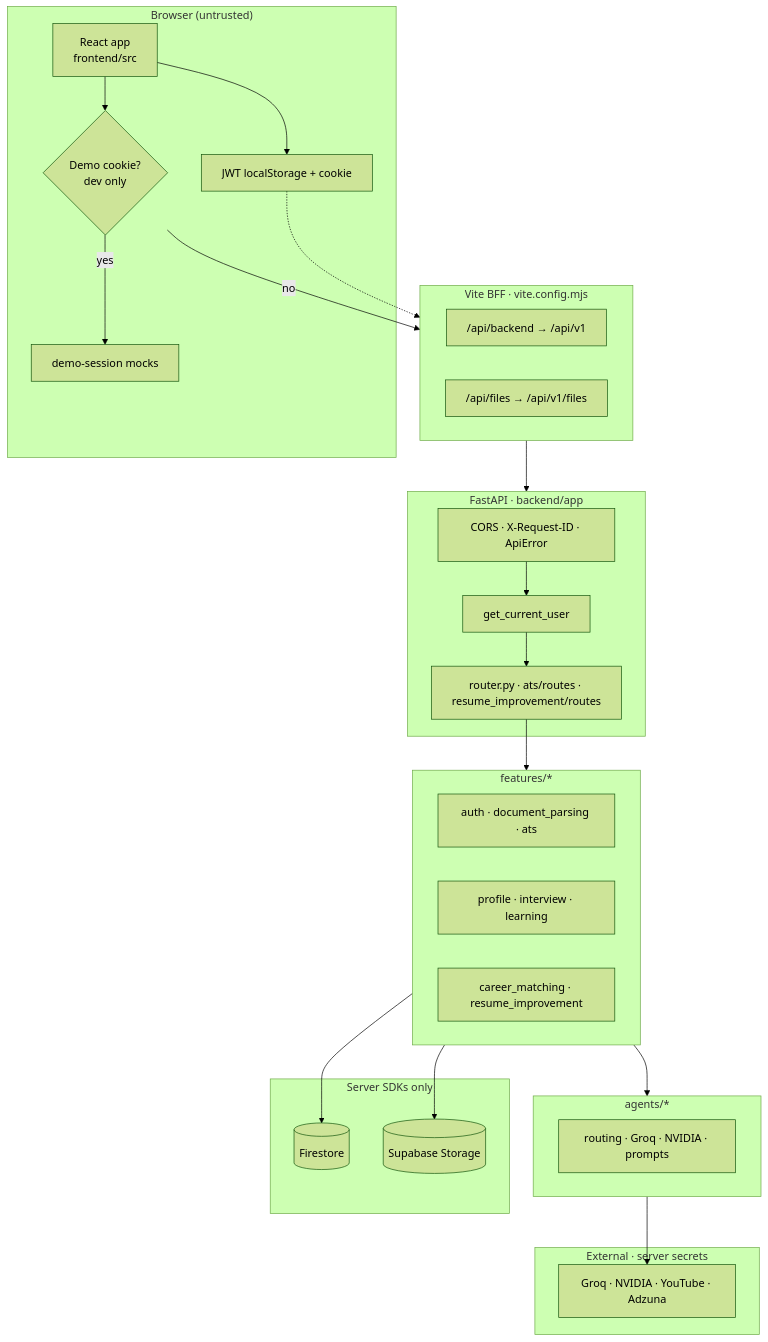
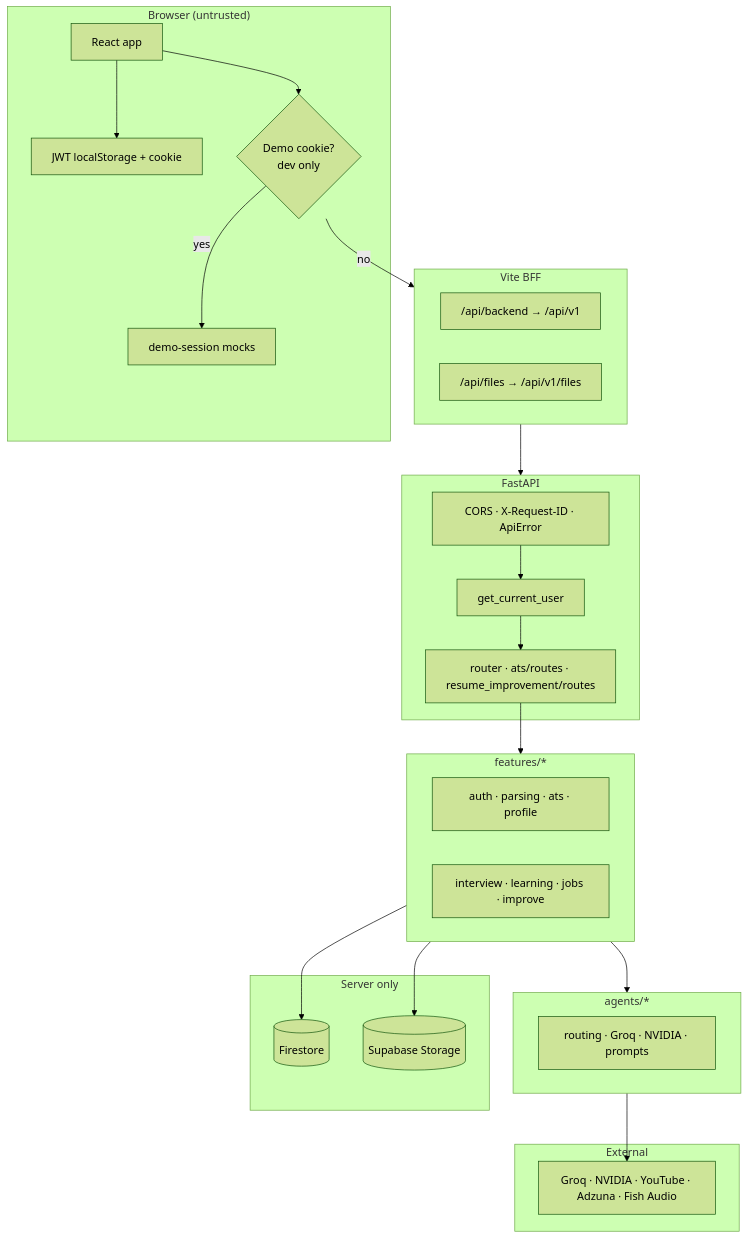
Before and after one commit to RonakkudalAI/AI-Career-Copilot: the first of 8 diagrams in docs/DOCUMENTATION.md, drawn with Mermaid (forest theme). The commit also changed other lines of this file and 28 other files, not shown here.

````diff
--- a/docs/DOCUMENTATION.md
+++ b/docs/DOCUMENTATION.md
@@ -992,51 +798,49 @@
 ```mermaid
 flowchart TB
   subgraph CLIENT["Browser (untrusted)"]
-    UI["React app<br/>frontend/src"]
+    UI["React app"]
     TOK["JWT localStorage + cookie"]
-    DEMO{"Demo cookie?<br/>dev only"}
+    DEMO{"Demo cookie?\ndev only"}
     MOCK["demo-session mocks"]
   end
 
-  subgraph EDGE["Vite BFF · vite.config.mjs"]
+  subgraph EDGE["Vite BFF"]
     P1["/api/backend → /api/v1"]
     P2["/api/files → /api/v1/files"]
   end
 
-  subgraph API["FastAPI · backend/app"]
+  subgraph API["FastAPI"]
     MW["CORS · X-Request-ID · ApiError"]
     AUTH["get_current_user"]
-    RTR["router.py · ats/routes · resume_improvement/routes"]
+    RTR["router · ats/routes · resume_improvement/routes"]
   end
 
   subgraph DOMAIN["features/*"]
-    F1["auth · document_parsing · ats"]
-    F2["profile · interview · learning"]
-    F3["career_matching · resume_improvement"]
+    F1["auth · parsing · ats · profile"]
+    F2["interview · learning · jobs · improve"]
   end
 
   subgraph AGENTS["agents/*"]
     A1["routing · Groq · NVIDIA · prompts"]
   end
 
-  subgraph DATA["Server SDKs only"]
+  subgraph DATA["Server only"]
     FS[("Firestore")]
     ST[("Supabase Storage")]
   end
 
-  subgraph EXT["External · server secrets"]
-    X1["Groq · NVIDIA · YouTube · Adzuna"]
+  subgraph EXT["External"]
+    X1["Groq · NVIDIA · YouTube · Adzuna · Fish Audio"]
   end
 
   UI --> TOK
   UI --> DEMO
   DEMO -->|yes| MOCK
   DEMO -->|no| EDGE
-  TOK -.-> EDGE
   EDGE --> API
   MW --> AUTH --> RTR --> DOMAIN
   DOMAIN --> AGENTS
   DOMAIN --> FS
   DOMAIN --> ST
   AGENTS --> X1
 ```
````
